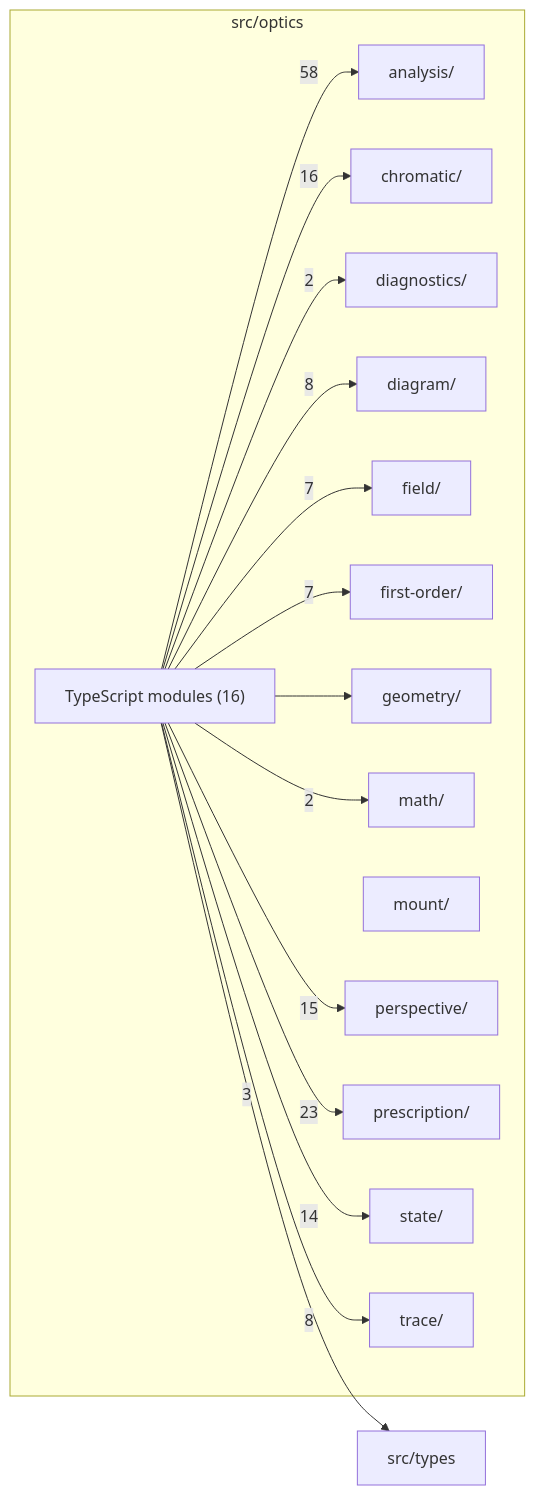
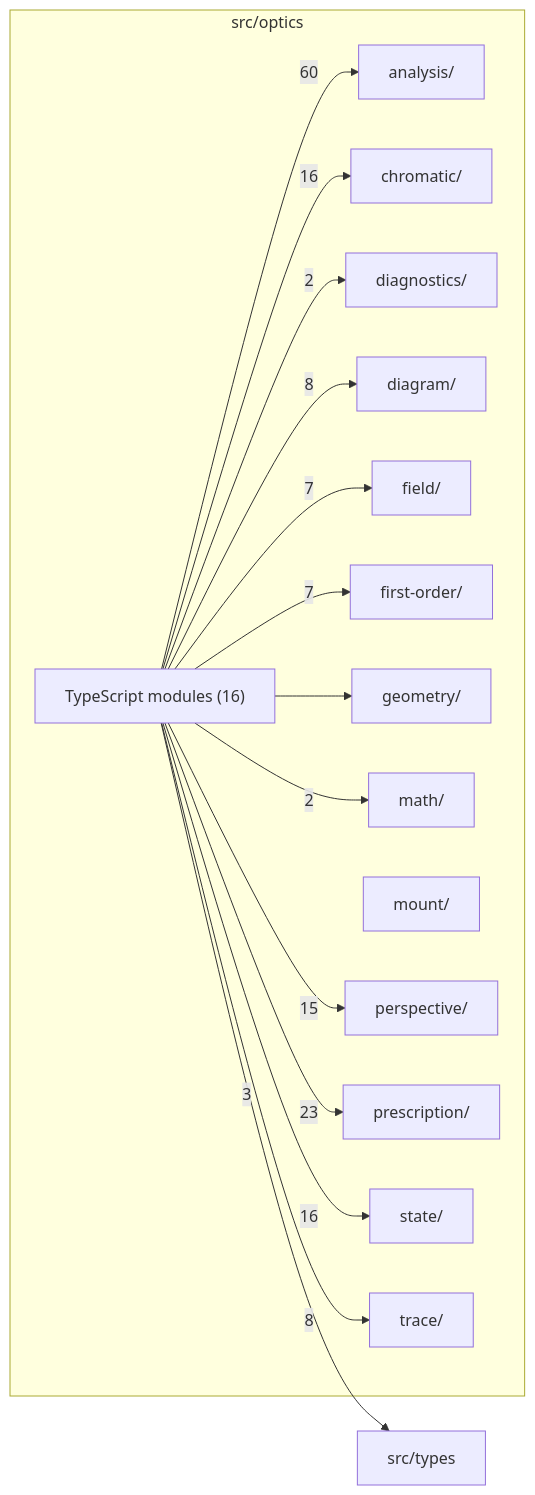
Before and after one commit to ronbuening/LensVisualizer: the diagram in src/optics/readme.md, drawn with Mermaid. The commit also changed other lines of this file and 72 other files, not shown here.

````diff
--- a/src/optics/readme.md
+++ b/src/optics/readme.md
@@ -9,33 +9,33 @@
 ```mermaid
 flowchart LR
   subgraph n_src_optics["src/optics"]
     n_src_optics_src_optics_analysis["analysis/"]
     n_src_optics_src_optics_chromatic["chromatic/"]
     n_src_optics_src_optics_diagnostics["diagnostics/"]
     n_src_optics_src_optics_diagram["diagram/"]
     n_src_optics_src_optics_field["field/"]
     n_src_optics_src_optics_first_order["first-order/"]
     n_src_optics_src_optics_geometry["geometry/"]
     n_src_optics_src_optics_math["math/"]
     n_src_optics_src_optics_mount["mount/"]
     n_src_optics_src_optics_perspective["perspective/"]
     n_src_optics_src_optics_prescription["prescription/"]
     n_src_optics_src_optics_state["state/"]
     n_src_optics_src_optics_trace["trace/"]
     n_src_optics_TypeScript_modules["TypeScript modules (16)"]
   end
   n_external_src_types["src/types"]
-  n_src_optics_TypeScript_modules --> |58| n_src_optics_src_optics_analysis
+  n_src_optics_TypeScript_modules --> |60| n_src_optics_src_optics_analysis
   n_src_optics_TypeScript_modules --> |23| n_src_optics_src_optics_prescription
   n_src_optics_TypeScript_modules --> |16| n_src_optics_src_optics_chromatic
+  n_src_optics_TypeScript_modules --> |16| n_src_optics_src_optics_state
   n_src_optics_TypeScript_modules --> |15| n_src_optics_src_optics_perspective
-  n_src_optics_TypeScript_modules --> |14| n_src_optics_src_optics_state
   n_src_optics_TypeScript_modules --> |8| n_src_optics_src_optics_diagram
   n_src_optics_TypeScript_modules --> |8| n_src_optics_src_optics_trace
   n_src_optics_TypeScript_modules --> |7| n_src_optics_src_optics_field
   n_src_optics_TypeScript_modules --> |7| n_src_optics_src_optics_first_order
   n_src_optics_TypeScript_modules --> |3| n_external_src_types
   n_src_optics_TypeScript_modules --> |2| n_src_optics_src_optics_diagnostics
   n_src_optics_TypeScript_modules --> |2| n_src_optics_src_optics_math
   n_src_optics_TypeScript_modules --> n_src_optics_src_optics_geometry
 ```
````
